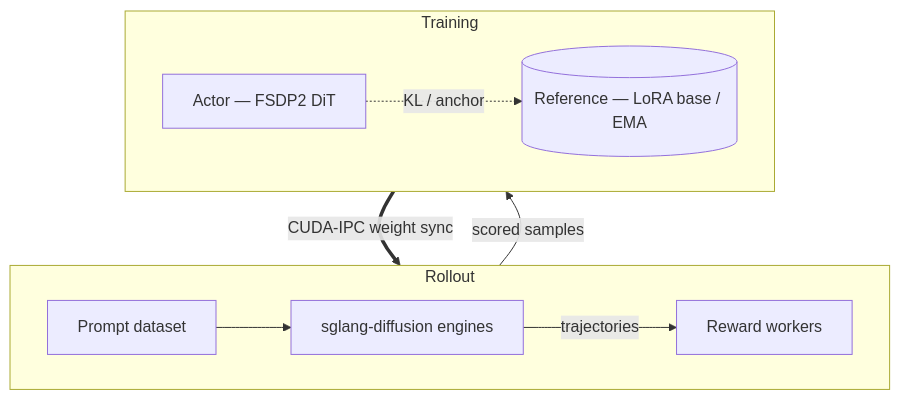
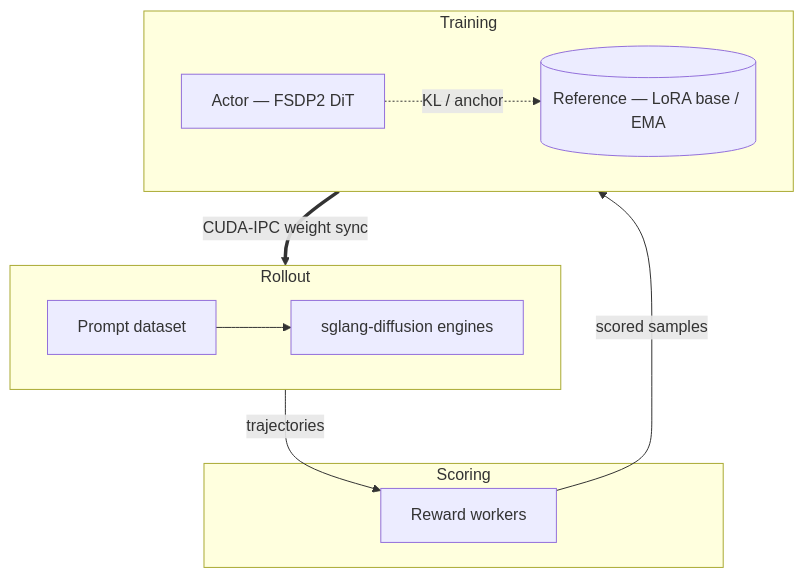
The diagram in docs/user-guide/concepts.md (Rockdu/miles_diffusion), drawn with Mermaid before and after one commit.

Commit message:
docs(concepts): split reward scoring out of the rollout box in the loop diagram

````diff
--- a/docs/user-guide/concepts.md
+++ b/docs/user-guide/concepts.md
@@ -11,14 +11,17 @@
 ```mermaid
 flowchart TB
     subgraph rollout [Rollout]
         direction LR
         P[Prompt dataset] --> R[sglang-diffusion engines]
-        R -- trajectories --> RM[Reward workers]
+    end
+    subgraph scoring [Scoring]
+        RM[Reward workers]
     end
     subgraph training [Training]
         direction LR
         A[Actor — FSDP2 DiT] -. KL / anchor .-> RF[(Reference — LoRA base / EMA)]
     end
+    R -- trajectories --> RM
     RM -- scored samples --> A
     A == CUDA-IPC weight sync ==> R
 ```
````
